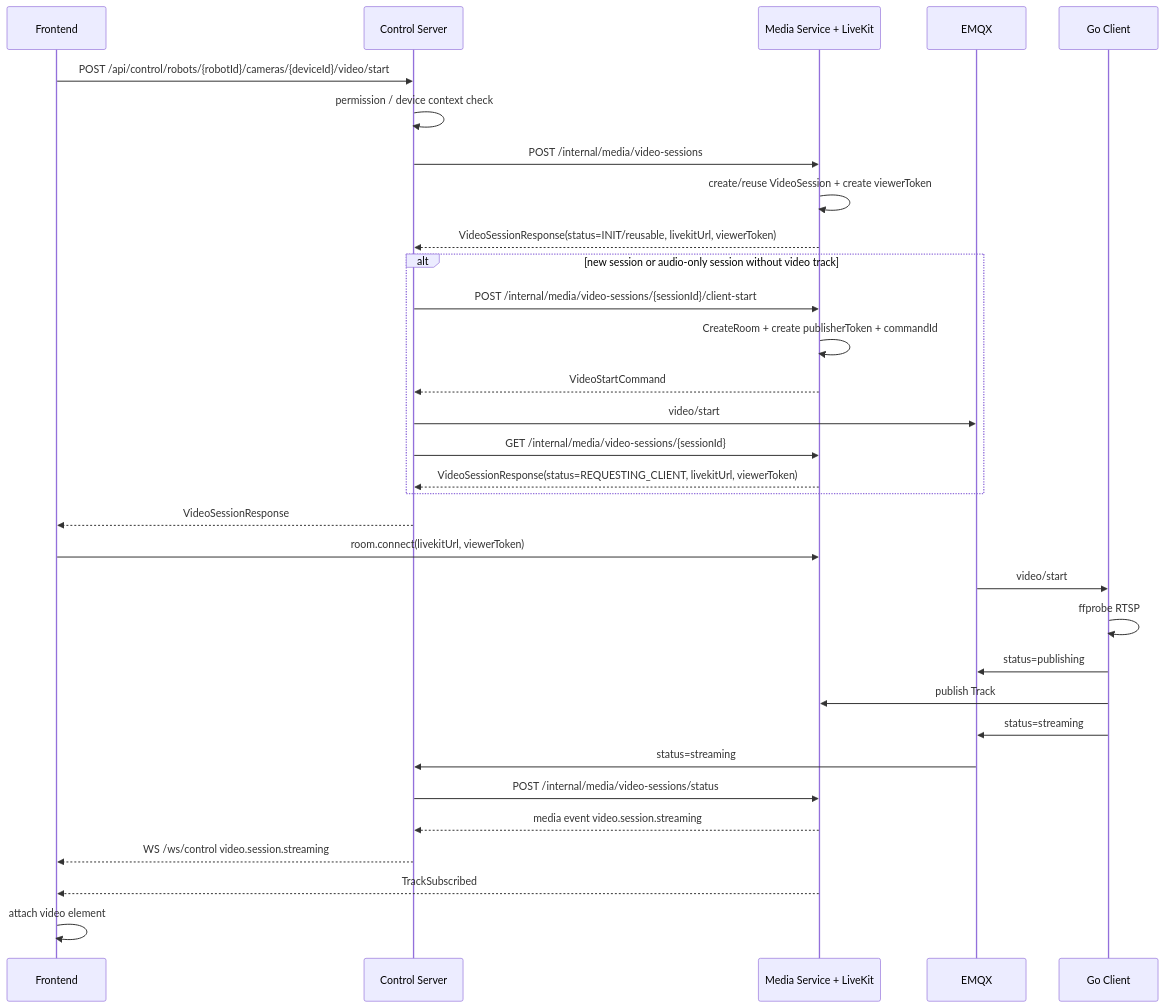
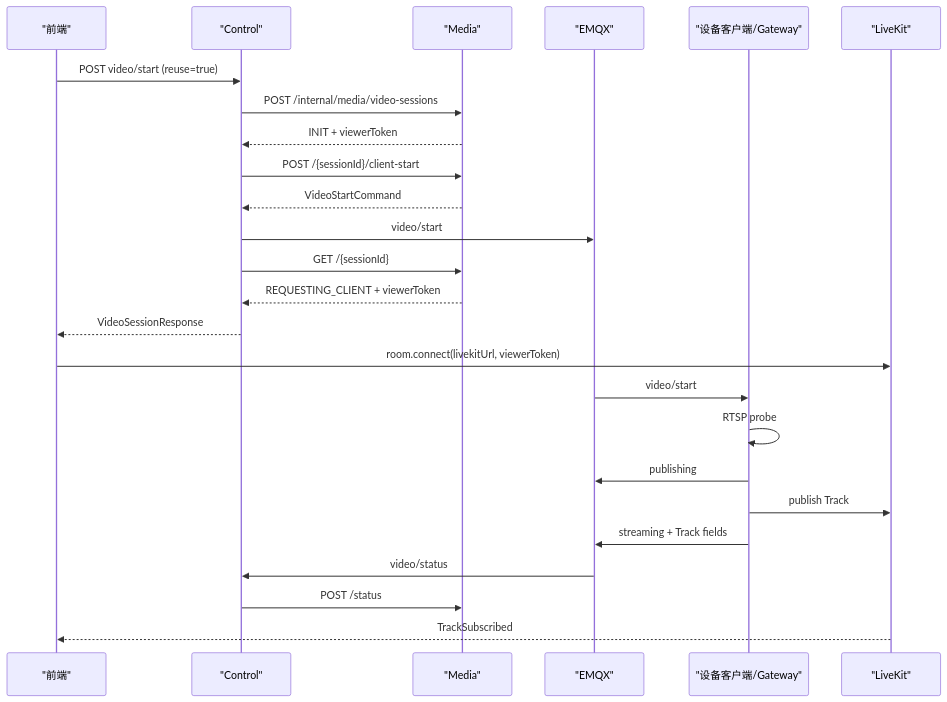
The diagram in docs/03-接口与协议/实时视频/实时视频接口与协议文档.md (waleelay/robot), drawn with Mermaid before and after one commit. The commit also changed other lines of this file and 39 other files, not shown here.

````diff
--- a/docs/03-接口与协议/实时视频/实时视频接口与协议文档.md
+++ b/docs/03-接口与协议/实时视频/实时视频接口与协议文档.md
@@ -1220,37 +345,28 @@
 ```mermaid
 sequenceDiagram
-    participant FE as Frontend
-    participant CS as Control Server
-    participant ML as Media Service + LiveKit
-    participant MQ as EMQX
-    participant GO as Go Client
+    participant FE as "前端"
+    participant CS as "Control"
+    participant MS as "Media"
+    participant MQ as "EMQX"
+    participant EC as "设备客户端/Gateway"
+    participant LK as "LiveKit"
 
-    FE->>CS: POST /api/control/robots/{robotId}/cameras/{deviceId}/video/start
-    CS->>CS: permission / device context check
-    CS->>ML: POST /internal/media/video-sessions
-    ML->>ML: create/reuse VideoSession + create viewerToken
-    ML-->>CS: VideoSessionResponse(status=INIT/reusable, livekitUrl, viewerToken)
-    alt new session or audio-only session without video track
-        CS->>ML: POST /internal/media/video-sessions/{sessionId}/client-start
-        ML->>ML: CreateRoom + create publisherToken + commandId
-        ML-->>CS: VideoStartCommand
-        CS->>MQ: video/start
-        CS->>ML: GET /internal/media/video-sessions/{sessionId}
-        ML-->>CS: VideoSessionResponse(status=REQUESTING_CLIENT, livekitUrl, viewerToken)
-    end
+    FE->>CS: POST video/start (reuse=true)
+    CS->>MS: POST /internal/media/video-sessions
+    MS-->>CS: INIT + viewerToken
+    CS->>MS: POST /{sessionId}/client-start
+    MS-->>CS: VideoStartCommand
+    CS->>MQ: video/start
+    CS->>MS: GET /{sessionId}
+    MS-->>CS: REQUESTING_CLIENT + viewerToken
     CS-->>FE: VideoSessionResponse
-
-    FE->>ML: room.connect(livekitUrl, viewerToken)
-
-    MQ->>GO: video/start
-    GO->>GO: ffprobe RTSP
-    GO->>MQ: status=publishing
-    GO->>ML: publish Track
-    GO->>MQ: status=streaming
-    MQ->>CS: status=streaming
-    CS->>ML: POST /internal/media/video-sessions/status
-    ML-->>CS: media event video.session.streaming
-    CS-->>FE: WS /ws/control video.session.streaming
-    ML-->>FE: TrackSubscribed
-    FE->>FE: attach video element
+    FE->>LK: room.connect(livekitUrl, viewerToken)
+    MQ->>EC: video/start
+    EC->>EC: RTSP probe
+    EC->>MQ: publishing
+    EC->>LK: publish Track
+    EC->>MQ: streaming + Track fields
+    MQ->>CS: video/status
+    CS->>MS: POST /status
+    LK-->>FE: TrackSubscribed
 ```
````
